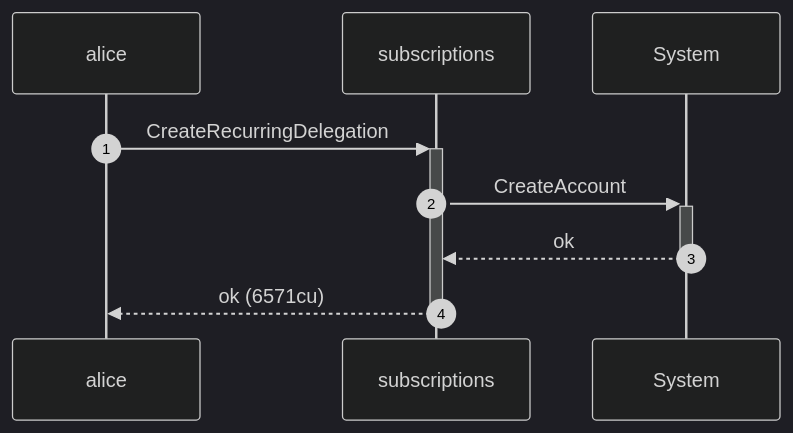
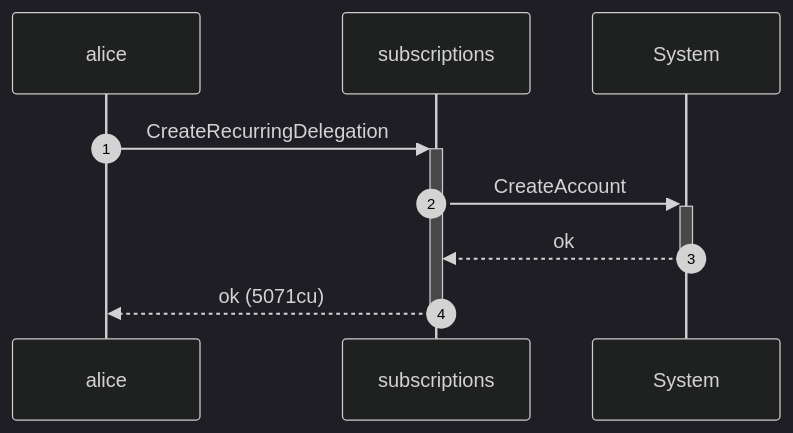
Before and after one commit to cds-rs/subscriptions: the sixth of 12 diagrams in dsl_tests/a-zero-expiry-means-no-expiry.md, drawn with Mermaid (dark theme). The commit also changed other lines of this file and 224 other files, not shown here.

````diff
--- a/dsl_tests/a-zero-expiry-means-no-expiry.md
+++ b/dsl_tests/a-zero-expiry-means-no-expiry.md
@@ -118,11 +124,11 @@
 ```mermaid
 sequenceDiagram
     autonumber
     participant alice
     participant subscriptions
     participant System
     alice ->>+ subscriptions: CreateRecurringDelegation
     subscriptions ->>+ System: CreateAccount
     System -->>- subscriptions: ok
-    subscriptions -->>- alice: ok (6571cu)
+    subscriptions -->>- alice: ok (5071cu)
 ```
````
